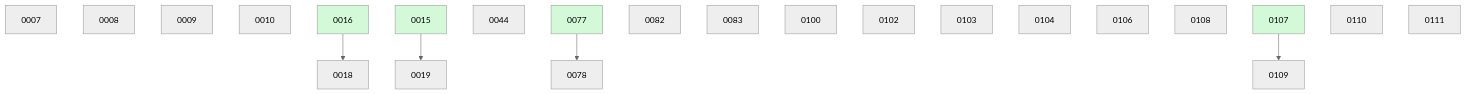
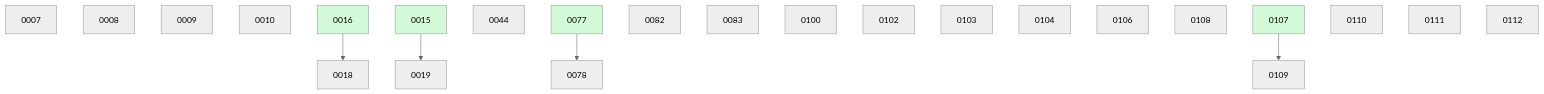
One commit to danielhanold/docket changed the diagram in docs/changes/BOARD.md. Above: the diagram before and after it, drawn with Mermaid (neutral theme). The commit also changed other lines of this file, not shown here.

````diff
--- a/docs/changes/BOARD.md
+++ b/docs/changes/BOARD.md
@@ -44,27 +45,28 @@
 ```mermaid
 graph TD
   0007
   0008
   0009
   0010
   0016 --> 0018
   0015 --> 0019
   0044
   0077 --> 0078
   0082
   0083
   0100
   0102
   0103
   0104
   0106
   0108
   0107 --> 0109
   0110
   0111
+  0112
   0015:::done
   0016:::done
   0077:::done
   0107:::done
   classDef done fill:#d3f9d8;
 ```
````
